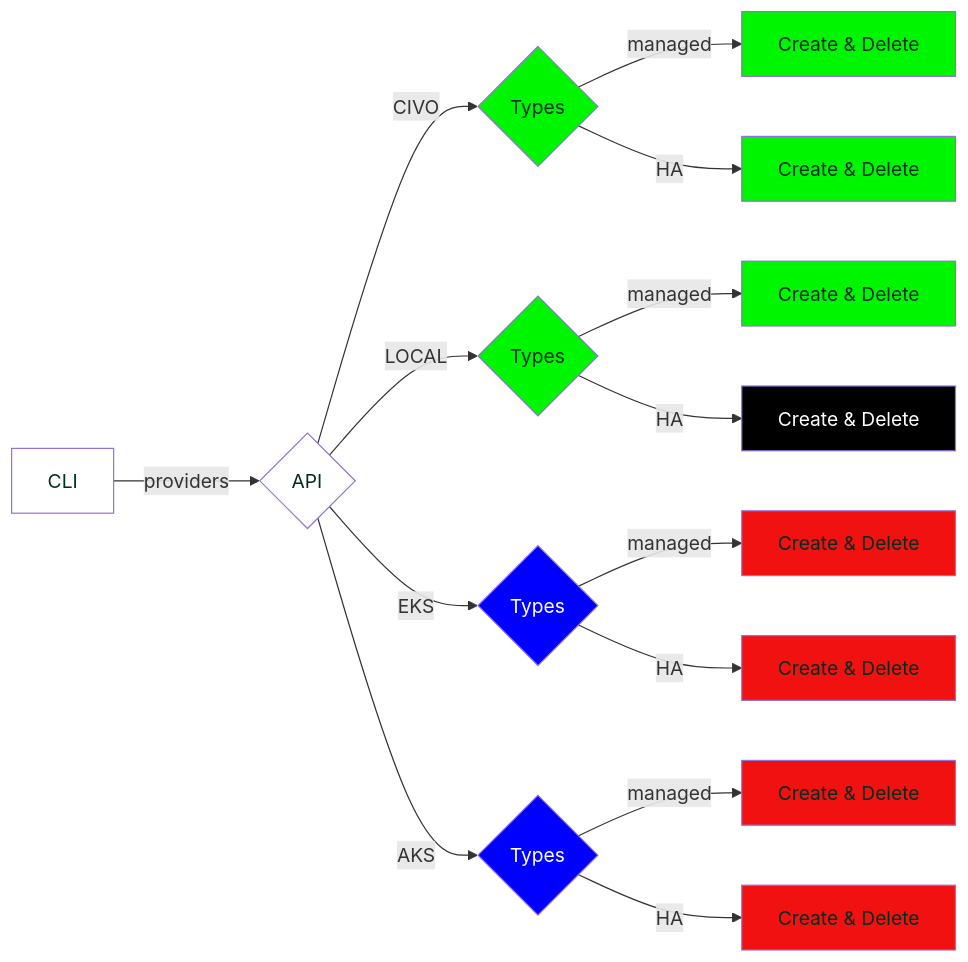
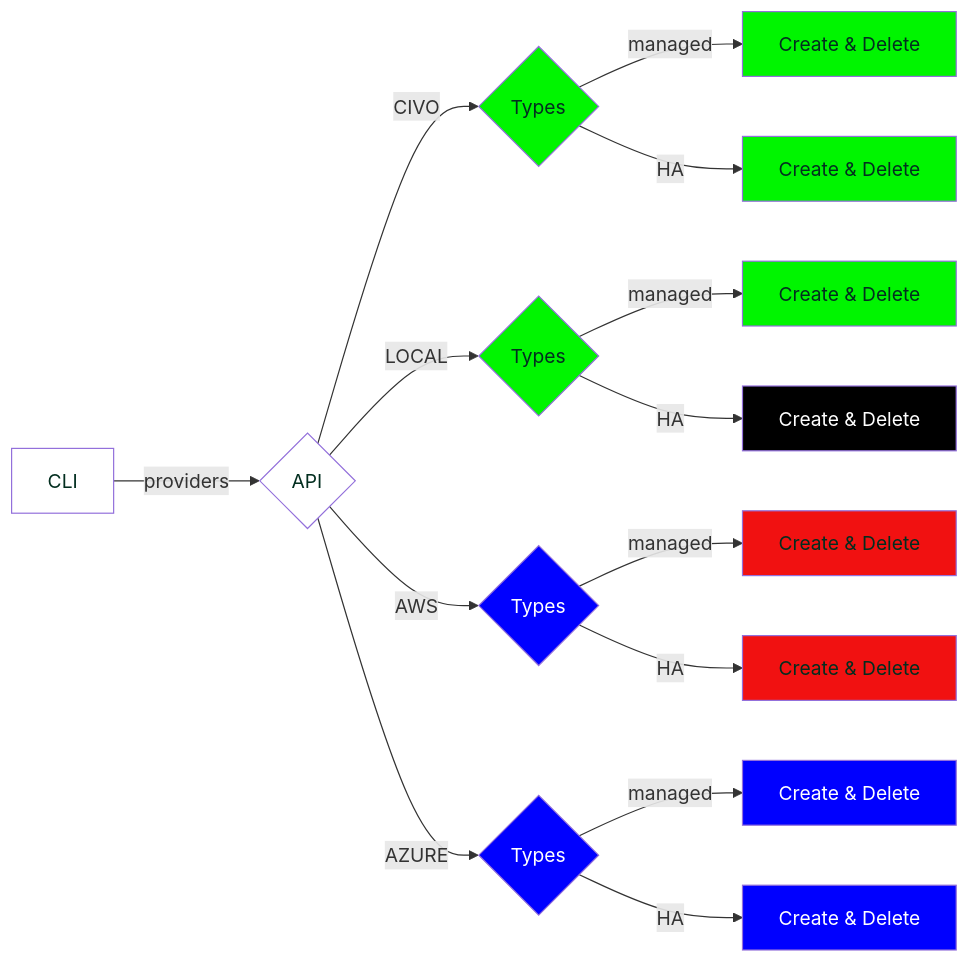
The diagram in README.md (ksctl/ksctl), drawn with Mermaid before and after one commit.

````diff
--- a/README.md
+++ b/README.md
@@ -98,26 +98,26 @@
 ```mermaid
 flowchart LR;
   classDef green color:#022e1f,fill:#00f500;
   classDef red color:#022e1f,fill:#f11111;
   classDef white color:#022e1f,fill:#fff;
   classDef black color:#fff,fill:#000;
   classDef blue color:#fff,fill:#00f;
 
   XX[CLI]:::white--providers-->web{API};
   web:::white--CIVO-->civo{Types};
   civo:::green--managed-->civom[Create & Delete]:::green;
   civo--HA-->civoha[Create & Delete]:::green;
 
   web--LOCAL-->local{Types};
   local:::green--managed-->localm[Create & Delete]:::green;
   local--HA-->localha[Create & Delete]:::black;
 
-  web--EKS-->aws{Types};
+  web--AWS-->aws{Types};
   aws:::blue--managed-->awsm[Create & Delete]:::red;
   aws--HA-->awsha[Create & Delete]:::red;
   
-  web--AKS-->az{Types};
-  az:::blue--managed-->azsm[Create & Delete]:::red;
-  az--HA-->azha[Create & Delete]:::red;
+  web--AZURE-->az{Types};
+  az:::blue--managed-->azsm[Create & Delete]:::blue;
+  az--HA-->azha[Create & Delete]:::blue;
 
 ```
````
